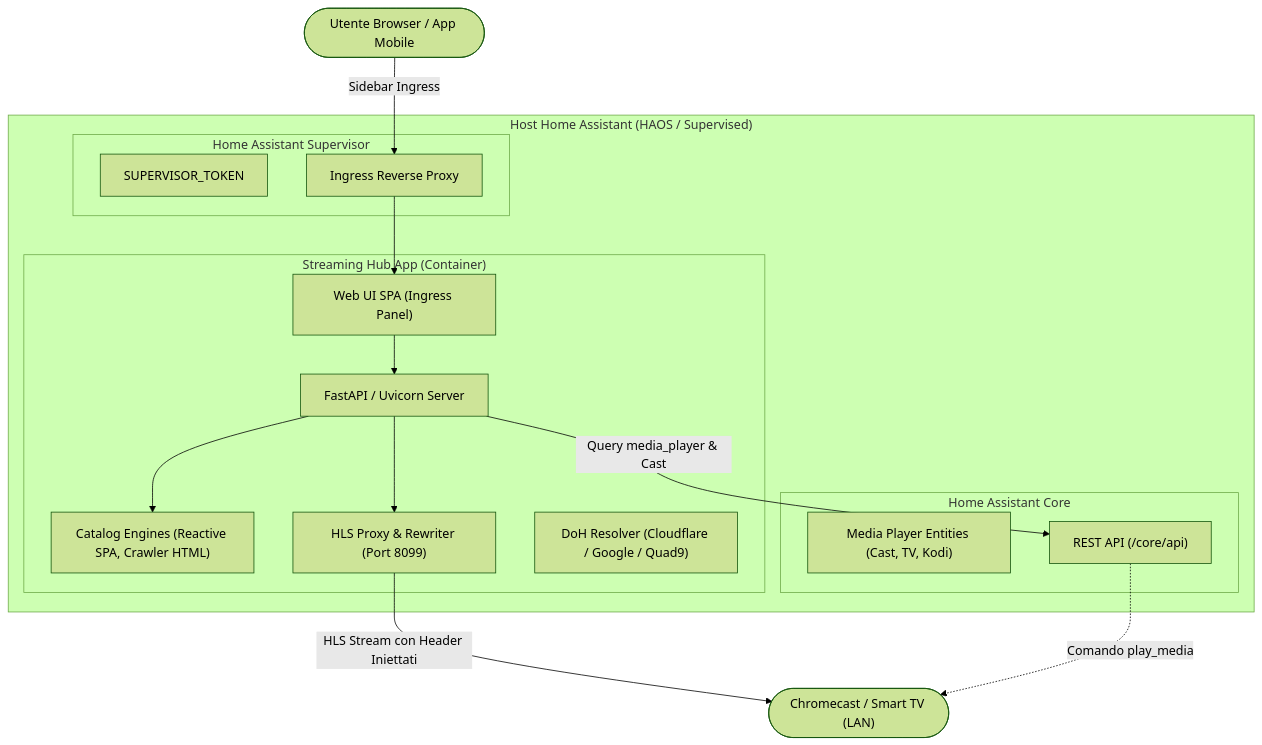
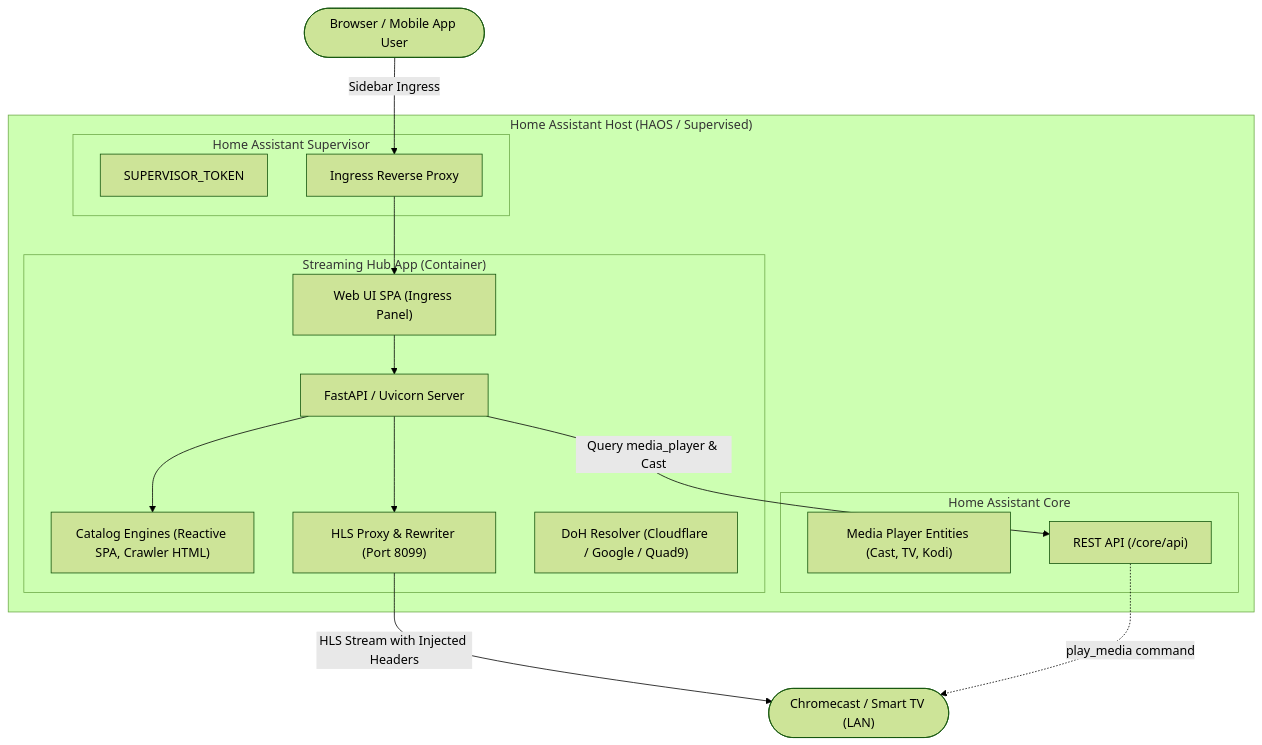
The diagram in README.md (JMaroz/ha-streaming-hub), drawn with Mermaid (forest theme) before and after one commit. The commit also changed other lines of this file and 8 other files, not shown here.

````diff
--- a/README.md
+++ b/README.md
@@ -94,30 +94,30 @@
 ```mermaid
 flowchart TD
-    subgraph Host["Host Home Assistant (HAOS / Supervised)"]
+    subgraph Host["Home Assistant Host (HAOS / Supervised)"]
         subgraph Supervisor["Home Assistant Supervisor"]
             ST["SUPERVISOR_TOKEN"]
             ING["Ingress Reverse Proxy"]
         end
 
         subgraph Core["Home Assistant Core"]
             MP["Media Player Entities (Cast, TV, Kodi)"]
             API["REST API (/core/api)"]
         end
 
         subgraph App["Streaming Hub App (Container)"]
             UI["Web UI SPA (Ingress Panel)"]
             BE["FastAPI / Uvicorn Server"]
             Scraper["Catalog Engines (Reactive SPA, Crawler HTML)"]
             Proxy["HLS Proxy & Rewriter (Port 8099)"]
             DoH["DoH Resolver (Cloudflare / Google / Quad9)"]
         end
     end
 
-    User(["Utente Browser / App Mobile"]) -->|Sidebar Ingress| ING --> UI
+    User(["Browser / Mobile App User"]) -->|Sidebar Ingress| ING --> UI
     UI --> BE
     BE --> Scraper
     BE --> Proxy
     BE -->|Query media_player & Cast| API
-    Proxy -->|HLS Stream con Header Iniettati| CastDevice(["Chromecast / Smart TV (LAN)"])
-    API -.->|Comando play_media| CastDevice
+    Proxy -->|HLS Stream with Injected Headers| CastDevice(["Chromecast / Smart TV (LAN)"])
+    API -.->|play_media command| CastDevice
 ```
````
